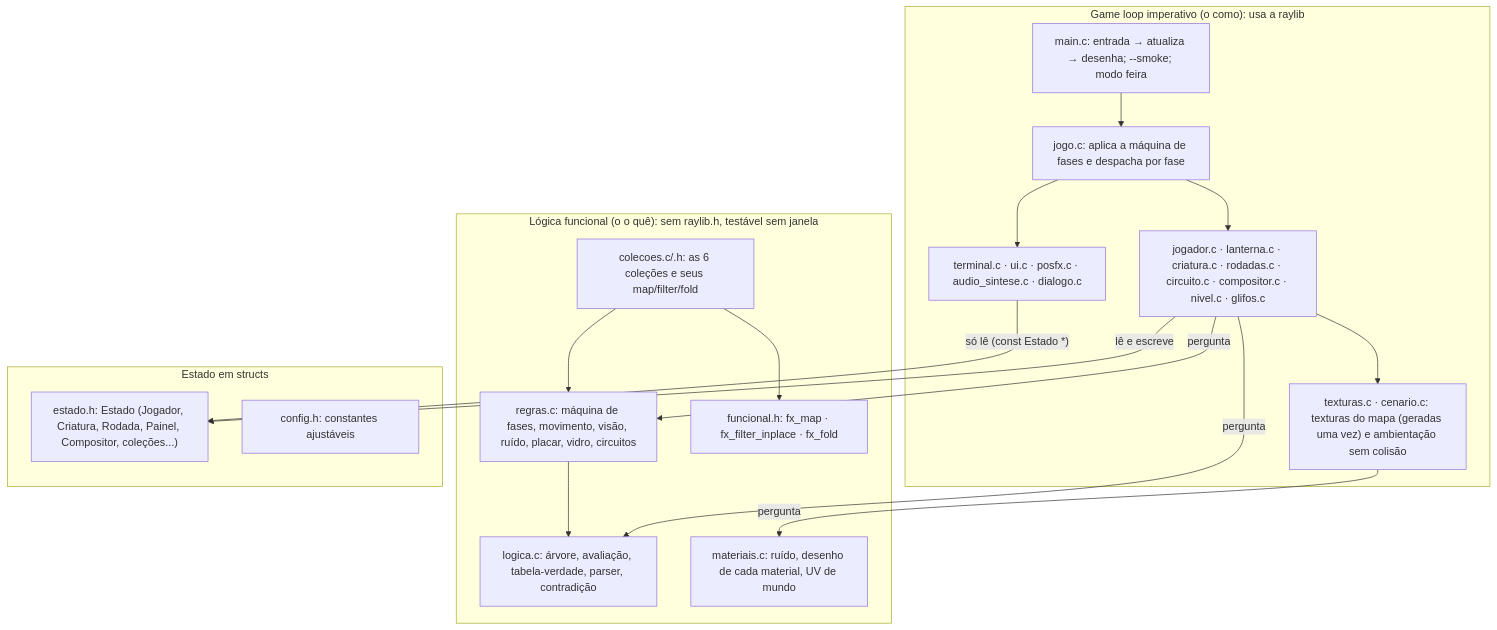
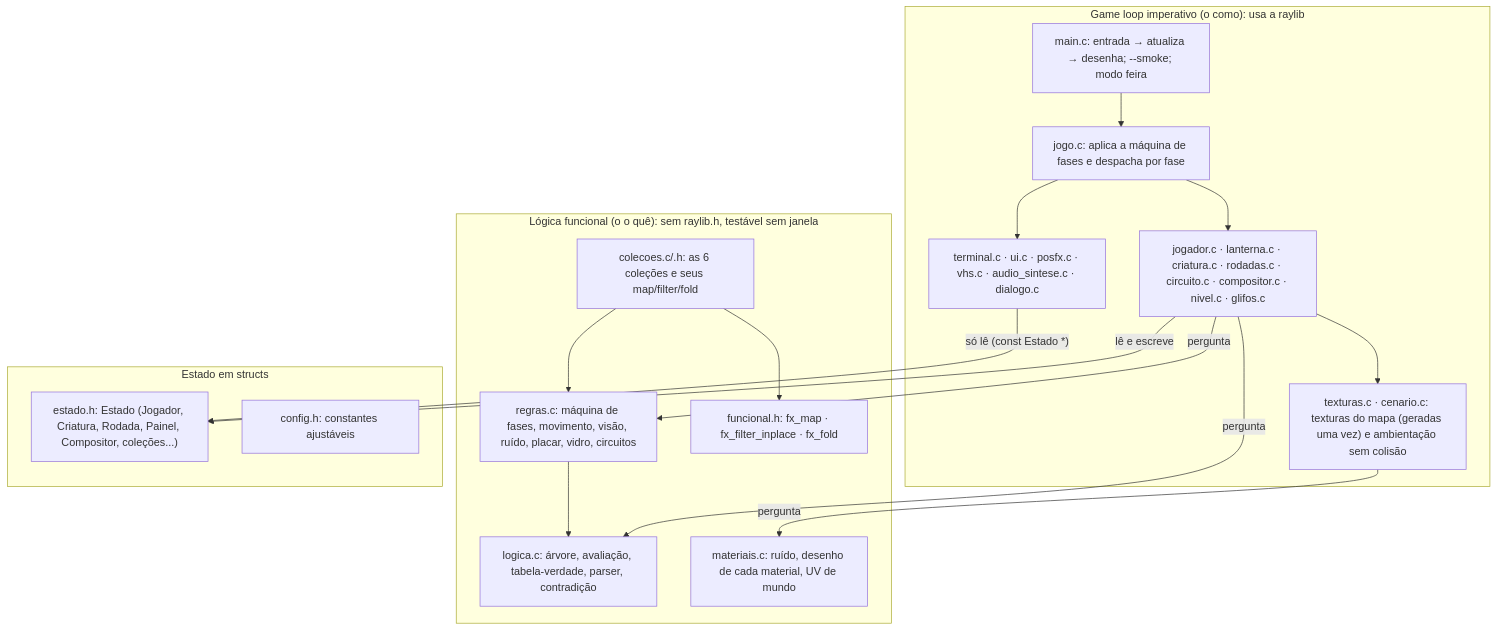
The first of 2 diagrams in docs/ARQUITETURA.md (Cgroup-cesar/projeto-integrador-jogo), drawn with Mermaid before and after one commit. The commit also changed other lines of this file and 4 other files, not shown here.

````diff
--- a/docs/ARQUITETURA.md
+++ b/docs/ARQUITETURA.md
@@ -5,32 +5,32 @@
 ```mermaid
 flowchart TB
     subgraph LOOP["Game loop imperativo (o como): usa a raylib"]
         main["main.c: entrada → atualiza → desenha; --smoke; modo feira"]
         jogo["jogo.c: aplica a máquina de fases e despacha por fase"]
         mods["jogador.c · lanterna.c · criatura.c · rodadas.c · circuito.c · compositor.c · nivel.c · glifos.c"]
         arte["texturas.c · cenario.c: texturas do mapa (geradas uma vez) e ambientação sem colisão"]
-        tela["terminal.c · ui.c · posfx.c · audio_sintese.c · dialogo.c"]
+        tela["terminal.c · ui.c · posfx.c · vhs.c · audio_sintese.c · dialogo.c"]
     end
     subgraph DECIDE["Lógica funcional (o o quê): sem raylib.h, testável sem janela"]
         logica["logica.c: árvore, avaliação, tabela-verdade, parser, contradição"]
         regras["regras.c: máquina de fases, movimento, visão, ruído, placar, vidro, circuitos"]
         mat["materiais.c: ruído, desenho de cada material, UV de mundo"]
         fx["funcional.h: fx_map · fx_filter_inplace · fx_fold"]
         col["colecoes.c/.h: as 6 coleções e seus map/filter/fold"]
     end
     subgraph ESTADO["Estado em structs"]
         est["estado.h: Estado (Jogador, Criatura, Rodada, Painel, Compositor, coleções...)"]
         cfg["config.h: constantes ajustáveis"]
     end
     main --> jogo --> mods
     jogo --> tela
     mods -->|"pergunta"| regras
     mods -->|"pergunta"| logica
     mods --> arte
     arte -->|"pergunta"| mat
     regras --> logica
     col --> regras
     col --> fx
     mods -->|"lê e escreve"| est
     tela -->|"só lê (const Estado *)"| est
 ```
````
